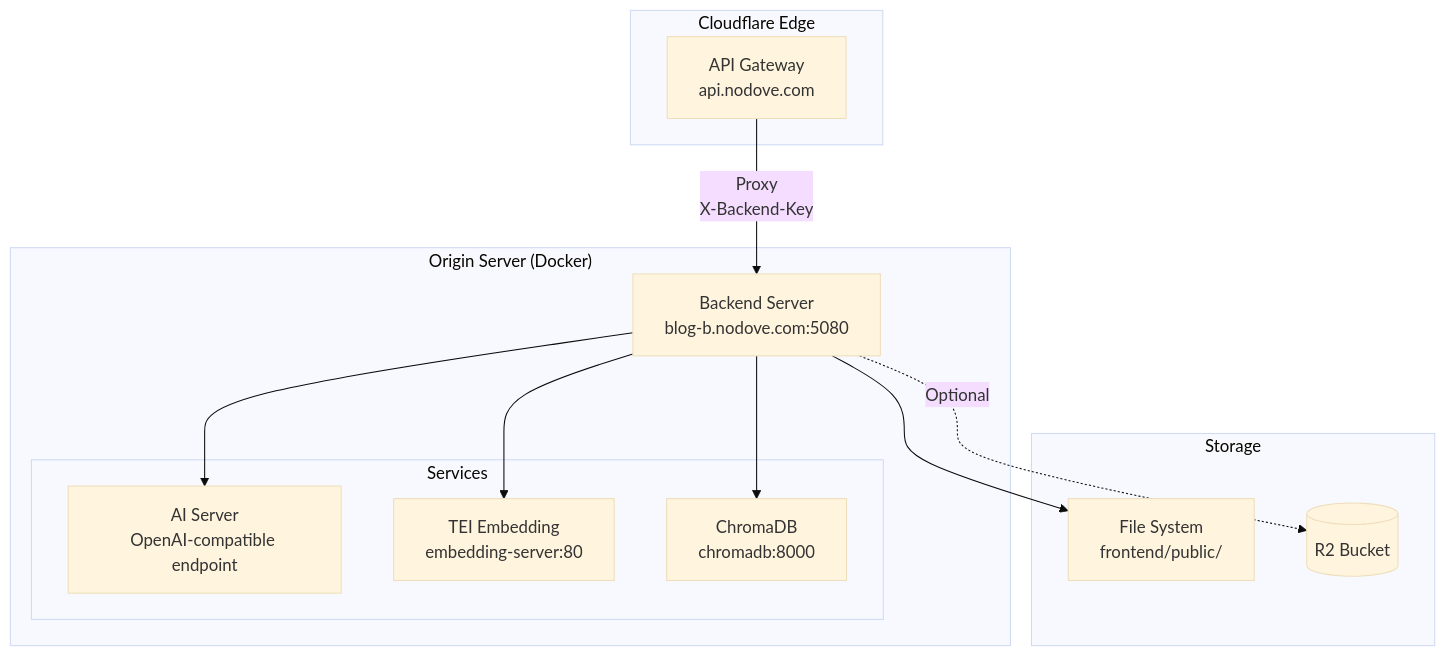
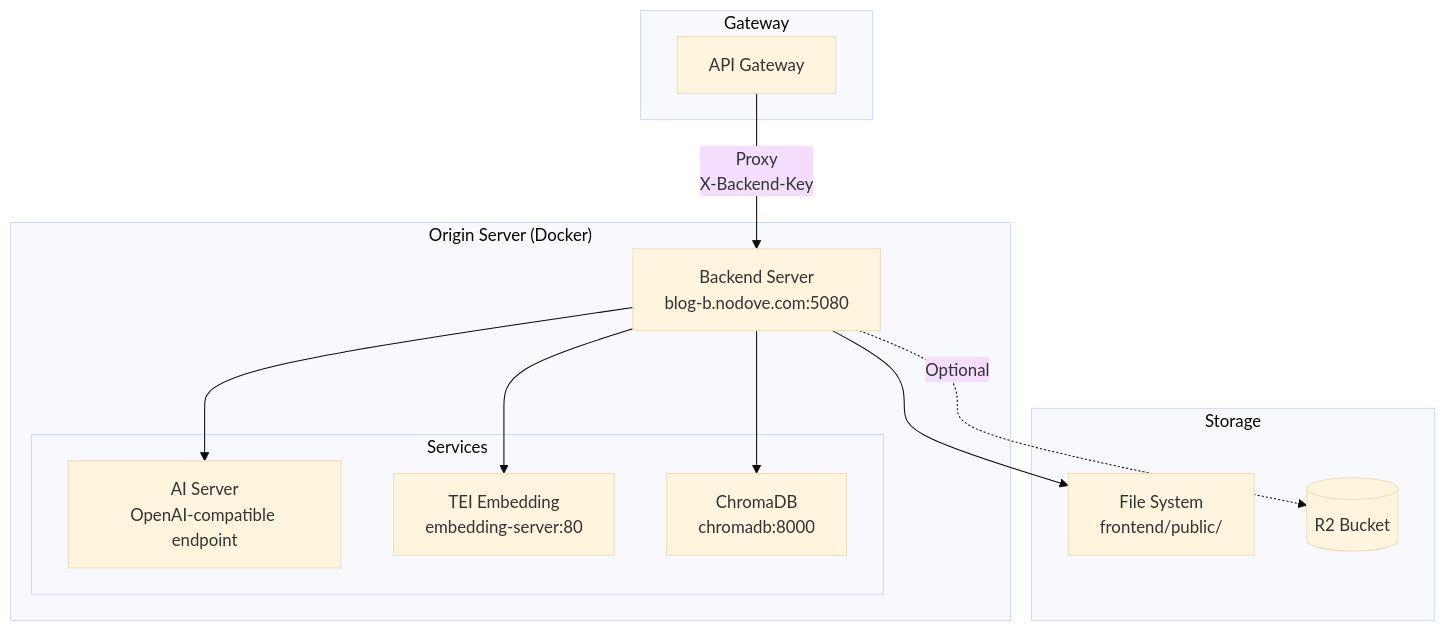
The first of 3 diagrams in backend/README.md (choisimo/blog), drawn with Mermaid (base theme) before and after one commit. The commit also changed other lines of this file and 119 other files, not shown here.

````diff
--- a/backend/README.md
+++ b/backend/README.md
@@ -40,28 +43,28 @@
 ```mermaid
 flowchart TB
-    subgraph "Cloudflare Edge"
-        API_GW[API Gateway<br/>api.nodove.com]
+    subgraph "Gateway"
+        API_GW[API Gateway]
     end
 
     subgraph "Origin Server (Docker)"
         BE[Backend Server<br/>blog-b.nodove.com:5080]
-        
+
         subgraph "Services"
             AI_SRV[AI Server<br/>OpenAI-compatible endpoint]
             TEI[TEI Embedding<br/>embedding-server:80]
             CHROMA[ChromaDB<br/>chromadb:8000]
         end
     end
 
     subgraph "Storage"
         FS[File System<br/>frontend/public/]
         R2[(R2 Bucket)]
     end
 
     API_GW -->|Proxy<br/>X-Backend-Key| BE
     BE --> AI_SRV
     BE --> TEI
     BE --> CHROMA
     BE --> FS
     BE -.->|Optional| R2
 ```
````
